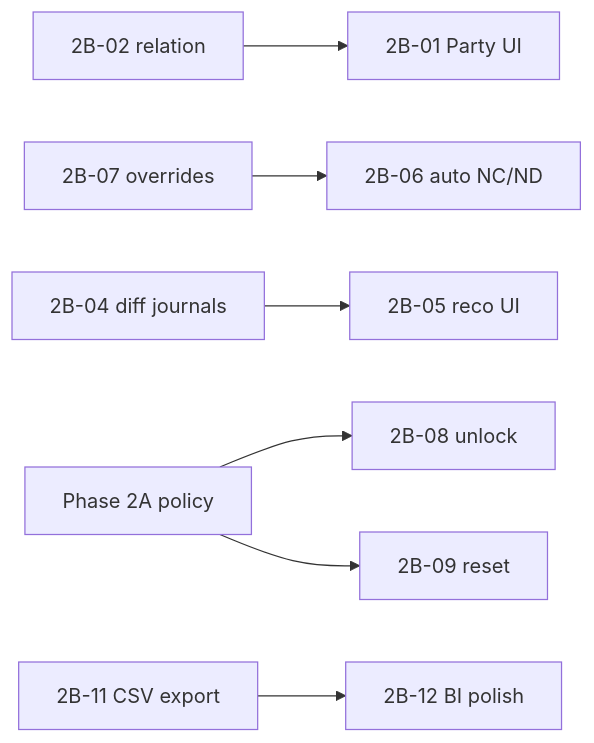
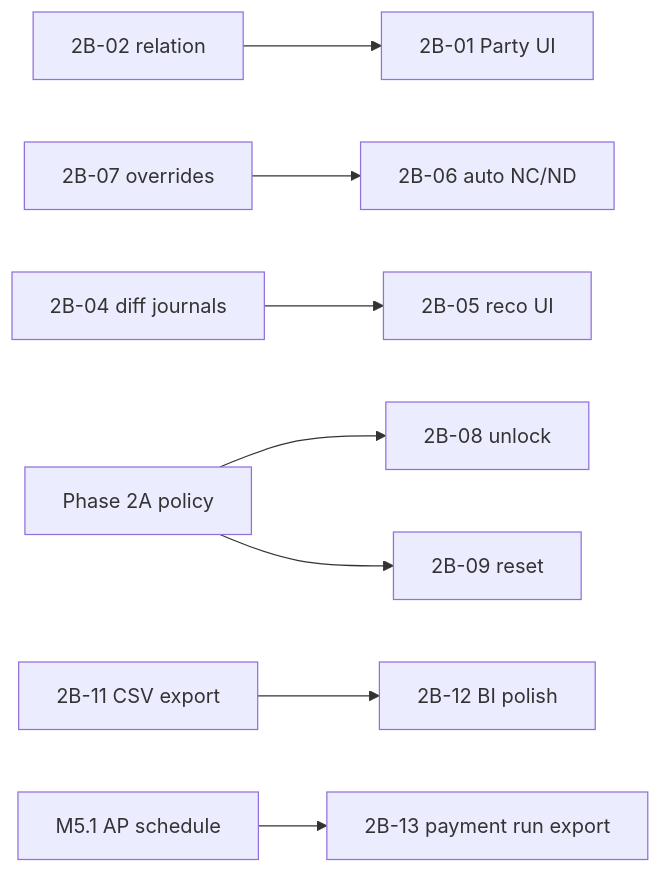
The diagram in docs/superpowers/plans/2026-06-30-erp-hardening-spec2-phase2b.md (swolley/laraplate), drawn with Mermaid before and after one commit. The commit also changed other lines of this file and 2 other files, not shown here.

Commit message:
docs(erp): plan supplier payment run export

````diff
--- a/docs/superpowers/plans/2026-06-30-erp-hardening-spec2-phase2b.md
+++ b/docs/superpowers/plans/2026-06-30-erp-hardening-spec2-phase2b.md
@@ -50,9 +53,10 @@
 ```mermaid
 flowchart LR
   B02[2B-02 relation] --> B01[2B-01 Party UI]
   B07[2B-07 overrides] --> B06[2B-06 auto NC/ND]
   B04[2B-04 diff journals] --> B05[2B-05 reco UI]
   A2A[Phase 2A policy] --> B08[2B-08 unlock]
   A2A --> B09[2B-09 reset]
   B11[2B-11 CSV export] --> B12[2B-12 BI polish]
+  M51[M5.1 AP schedule] --> B13[2B-13 payment run export]
 ```
````
